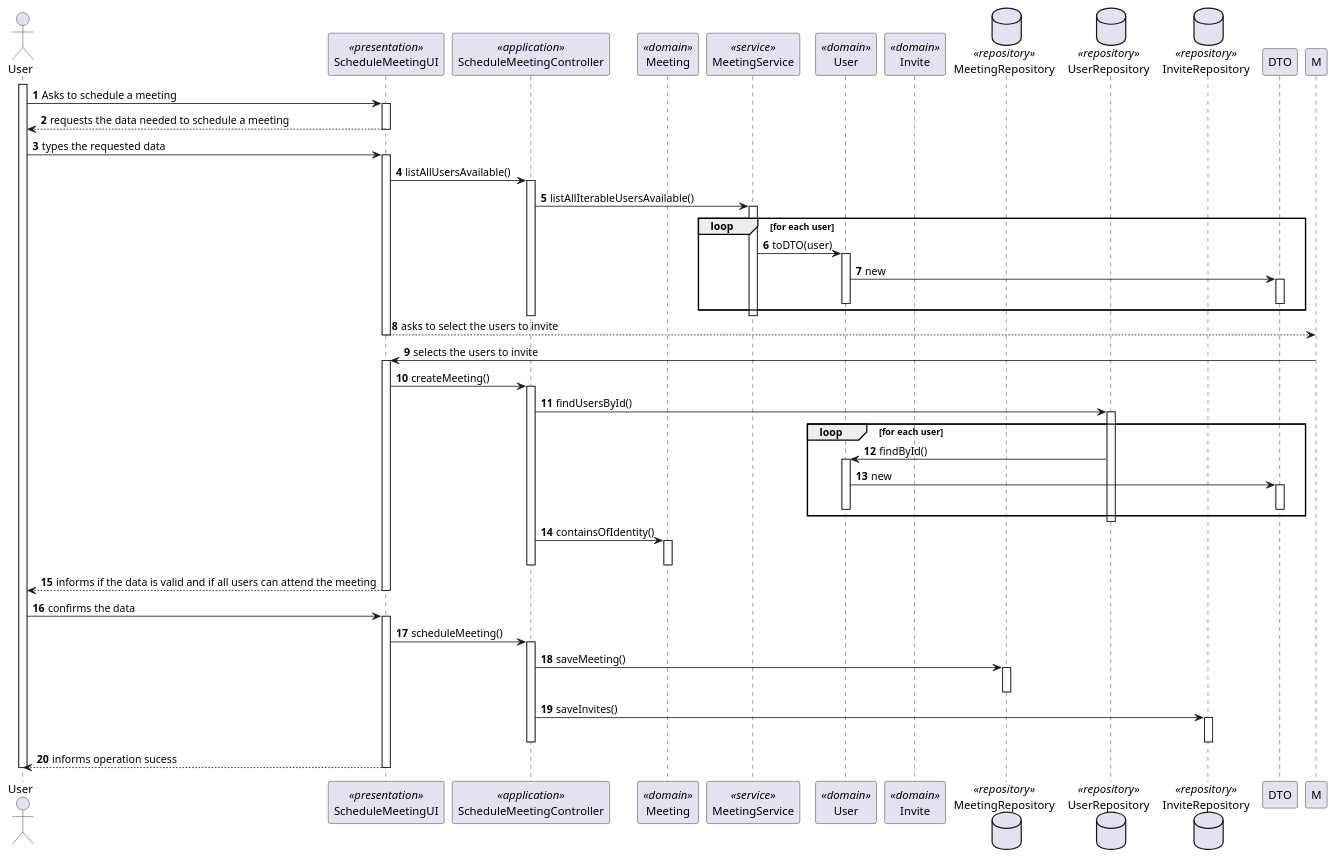
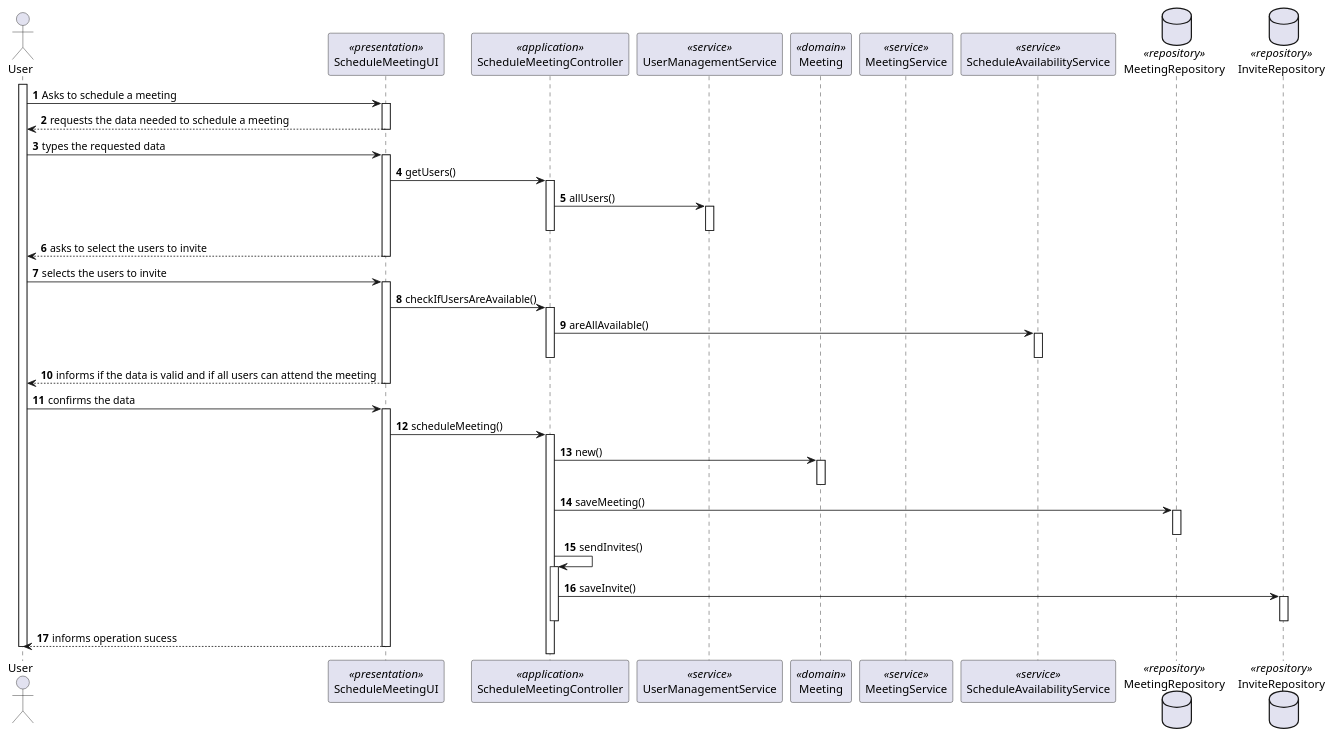
One commit to miseEnPlace-dev/lapr4 changed the diagram in docs/sprint-b/us27-4001/US4001_SD.puml. Above: the diagram before and after it, drawn with PlantUML.

Commit message:
docs: updated SD (#39)

```diff
--- a/docs/sprint-b/us27-4001/US4001_SD.puml
+++ b/docs/sprint-b/us27-4001/US4001_SD.puml
@@ -1,101 +1,80 @@
 @startuml US4001_SD
 autonumber
 
 actor "User" as U
 
 participant "ScheduleMeetingUI" as UI <<presentation>>
 participant "ScheduleMeetingController" as CTRL <<application>>
+participant "UserManagementService" as UMS <<service>>
 participant "Meeting" as MEETING <<domain>>
 participant "MeetingService" as MS <<service>>
-participant "User" as USER <<domain>>
-participant "Invite" as INVITE <<domain>>
+participant "ScheduleAvailabilityService" as SAS <<service>>
 
 database MeetingRepository as MR <<repository>>
-database UserRepository as UR <<repository>>
 database InviteRepository as IR <<repository>>
 
 activate U
 
 U -> UI : Asks to schedule a meeting
 activate UI
 
 UI --> U : requests the data needed to schedule a meeting
 deactivate UI
 
 U -> UI : types the requested data
 activate UI
 
-UI -> CTRL : listAllUsersAvailable()
+UI -> CTRL : getUsers()
 activate CTRL
 
-CTRL -> MS : listAllIterableUsersAvailable()
-activate MS
-
-loop for each user
-  MS -> USER : toDTO(user)
-  activate USER
-  USER -> DTO : new
-  activate DTO
-  deactivate DTO
-  deactivate USER
-end loop
-
-deactivate MS
+CTRL -> UMS : allUsers()
+activate UMS
+deactivate UMS
 
 deactivate CTRL
 
-UI --> M : asks to select the users to invite
+UI --> U : asks to select the users to invite
 deactivate UI
 
-M -> UI : selects the users to invite
+U -> UI : selects the users to invite
 activate UI
 
-UI -> CTRL : createMeeting()
+UI -> CTRL : checkIfUsersAreAvailable()
 activate CTRL
 
-CTRL -> UR : findUsersById()
-activate UR
-
-loop for each user
-  UR -> USER : findById()
-  activate USER
-  USER -> DTO : new
-  activate DTO
-  deactivate DTO
-  deactivate USER
-end loop
-
-deactivate UR
-
-CTRL -> MEETING : containsOfIdentity()
-activate MEETING
-deactivate MEETING
-
-deactivate CTRL
+CTRL -> SAS : areAllAvailable()
+activate SAS
+deactivate SAS
 deactivate CTRL
 
 UI --> U : informs if the data is valid and if all users can attend the meeting
 deactivate UI
 
 U -> UI : confirms the data
 activate UI
 
 UI -> CTRL : scheduleMeeting()
 activate CTRL
 
+CTRL -> MEETING : new()
+activate MEETING
+deactivate MEETING
+
 CTRL -> MR : saveMeeting()
 activate MR
 deactivate MR
 
-CTRL -> IR : saveInvites()
+CTRL -> CTRL : sendInvites()
+activate CTRL
+
+CTRL -> IR : saveInvite()
 activate IR
 deactivate IR
-
 deactivate CTRL
 
 UI --> U : informs operation sucess
 deactivate UI
 
 deactivate U
 
 @enduml
```
